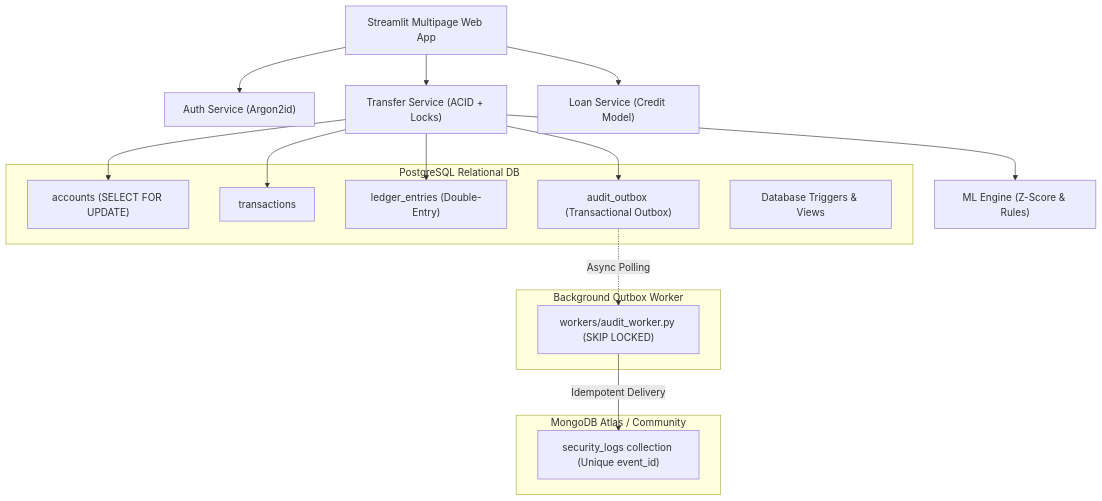
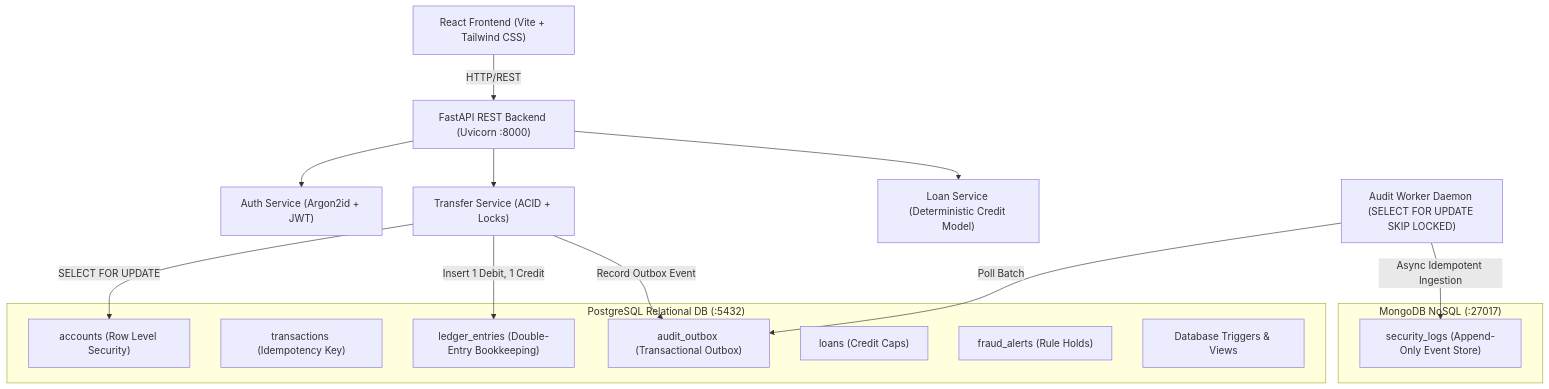
One commit to bhavyaanand2101-coder/FinTrack_Bank changed the first of 2 diagrams in README.md. Above: the diagram before and after it, drawn with Mermaid. The commit also changed other lines of this file and 92 other files, not shown here.

````diff
--- a/README.md
+++ b/README.md
@@ -37,35 +38,35 @@
 ```mermaid
 flowchart TD
-    Client["Streamlit Multipage Web App"]
-    AuthSvc["Auth Service (Argon2id)"]
+    Client["React Frontend (Vite + Tailwind CSS)"]
+    API["FastAPI REST Backend (Uvicorn :8000)"]
+    AuthSvc["Auth Service (Argon2id + JWT)"]
     TxSvc["Transfer Service (ACID + Locks)"]
-    ML["ML Engine (Z-Score & Rules)"]
-    LoanSvc["Loan Service (Credit Model)"]
+    LoanSvc["Loan Service (Deterministic Credit Model)"]
+    Worker["Audit Worker Daemon (SELECT FOR UPDATE SKIP LOCKED)"]
     
-    subgraph PostgreSQL ["PostgreSQL Relational DB"]
-        Acc["accounts (SELECT FOR UPDATE)"]
-        Tx["transactions"]
-        Ledger["ledger_entries (Double-Entry)"]
+    subgraph PostgreSQL ["PostgreSQL Relational DB (:5432)"]
+        Acc["accounts (Row Level Security)"]
+        Tx["transactions (Idempotency Key)"]
+        Ledger["ledger_entries (Double-Entry Bookkeeping)"]
         Outbox["audit_outbox (Transactional Outbox)"]
+        Loans["loans (Credit Caps)"]
+        Fraud["fraud_alerts (Rule Holds)"]
         Triggers["Database Triggers & Views"]
     end
     
-    subgraph AsyncWorker ["Background Outbox Worker"]
-        Relay["workers/audit_worker.py (SKIP LOCKED)"]
+    subgraph MongoDB ["MongoDB NoSQL (:27017)"]
+        Logs["security_logs (Append-Only Event Store)"]
     end
     
-    subgraph NoSQL ["MongoDB Atlas / Community"]
-        SecurityLogs["security_logs collection (Unique event_id)"]
-    end
-
-    Client --> AuthSvc
-    Client --> TxSvc
-    Client --> LoanSvc
-    TxSvc --> ML
-    TxSvc --> Acc
-    TxSvc --> Tx
-    TxSvc --> Ledger
-    TxSvc --> Outbox
-    Outbox -.->|Async Polling| Relay
-    Relay -->|Idempotent Delivery| SecurityLogs
+    Client -->|HTTP/REST| API
+    API --> AuthSvc
+    API --> TxSvc
+    API --> LoanSvc
+    
+    TxSvc -->|SELECT FOR UPDATE| Acc
+    TxSvc -->|Insert 1 Debit, 1 Credit| Ledger
+    TxSvc -->|Record Outbox Event| Outbox
+    
+    Worker -->|Poll Batch| Outbox
+    Worker -->|Async Idempotent Ingestion| Logs
 ```
````
